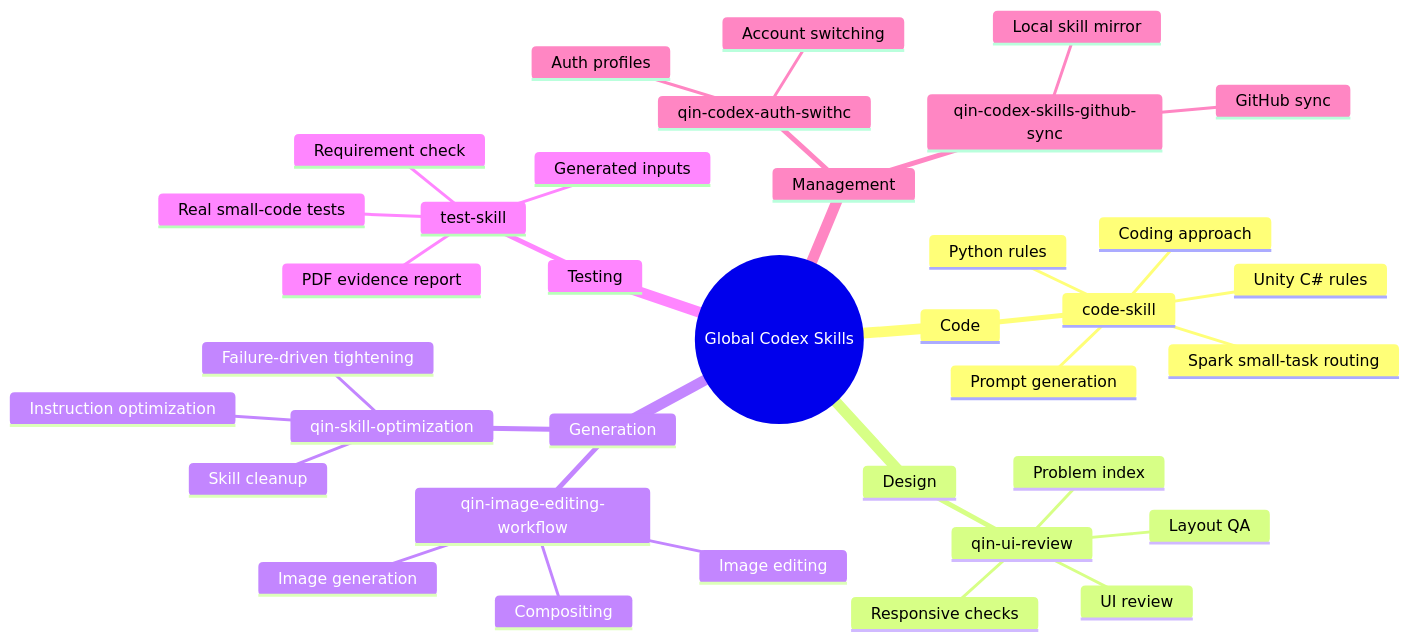
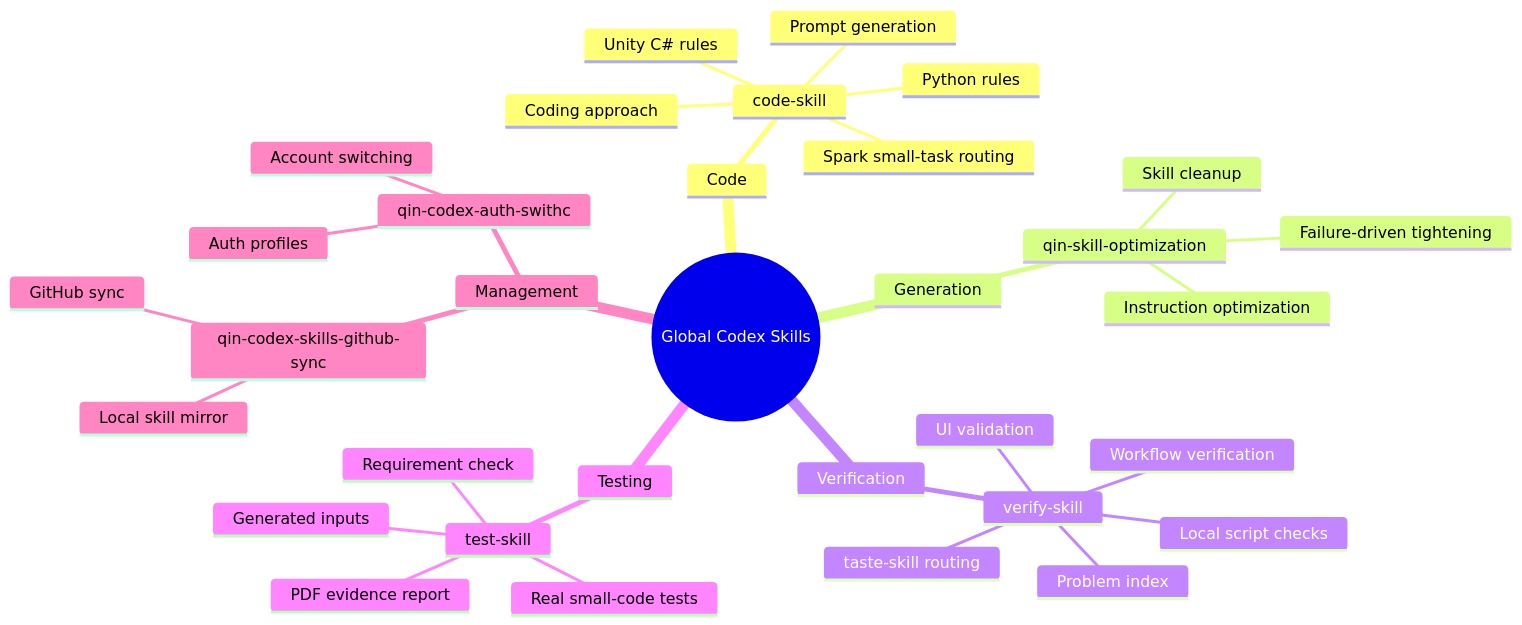
The diagram in current_global_skills_overview.md (qinbatista/qin-codex-skills), drawn with Mermaid before and after one commit. The commit also changed other lines of this file and 7 other files, not shown here.

Commit message:
Add verify-skill and remove image workflow

````diff
--- a/current_global_skills_overview.md
+++ b/current_global_skills_overview.md
@@ -19,39 +18,36 @@
 ```mermaid
 mindmap
   root((Global Codex Skills))
     Code
       code-skill
         Spark small-task routing
         Coding approach
         Prompt generation
         Python rules
         Unity C# rules
-    Design
-      qin-ui-review
-        UI review
-        Layout QA
-        Responsive checks
-        Problem index
     Generation
-      qin-image-editing-workflow
-        Image generation
-        Image editing
-        Compositing
       qin-skill-optimization
         Skill cleanup
         Instruction optimization
         Failure-driven tightening
+    Verification
+      verify-skill
+        Workflow verification
+        Local script checks
+        UI validation
+        taste-skill routing
+        Problem index
     Testing
       test-skill
         Real small-code tests
         Generated inputs
         PDF evidence report
         Requirement check
     Management
       qin-codex-auth-swithc
         Auth profiles
         Account switching
       qin-codex-skills-github-sync
         Local skill mirror
         GitHub sync
 ```
````
